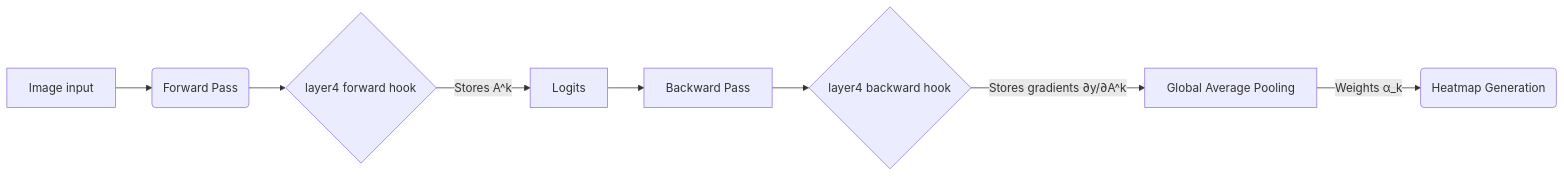
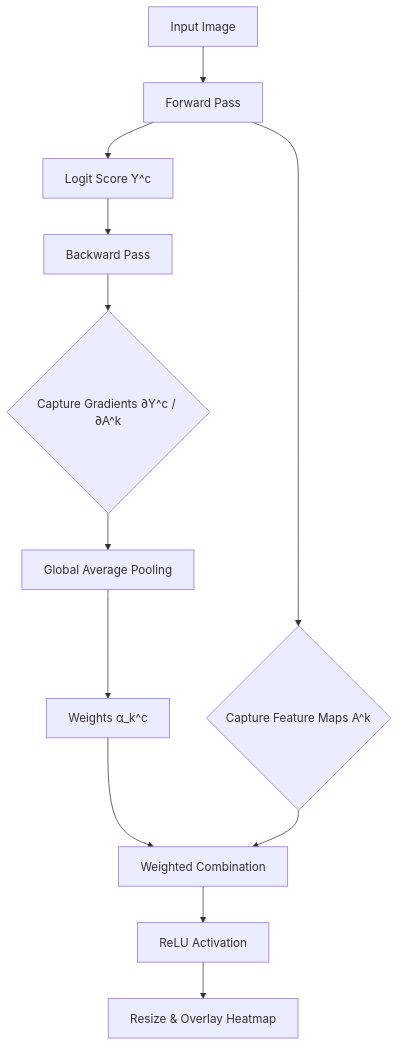
One commit to uttam1008/xai-resnet-ablation changed the diagram in README.md. Above: the diagram before and after it, drawn with Mermaid. The commit also changed other lines of this file and 3 other files, not shown here.

````diff
--- a/README.md
+++ b/README.md
@@ -49,10 +63,13 @@
 ```mermaid
-graph LR
-    A[Image input] --> B(Forward Pass)
-    B --> C{layer4 forward hook}
-    C -->|Stores A^k| D[Logits]
-    D --> E[Backward Pass]
-    E --> F{layer4 backward hook}
-    F -->|Stores gradients ∂y/∂A^k| G[Global Average Pooling]
-    G -->|Weights α_k| H(Heatmap Generation)
+graph TD
+    Input[Input Image] --> Forward[Forward Pass]
+    Forward --> HookF{Capture Feature Maps A^k}
+    Forward --> Logits[Logit Score Y^c]
+    Logits --> Backward[Backward Pass]
+    Backward --> HookB{Capture Gradients ∂Y^c / ∂A^k}
+    HookB --> GAP[Global Average Pooling]
+    GAP --> Weights[Weights α_k^c]
+    Weights & HookF --> LinearCombo[Weighted Combination]
+    LinearCombo --> ReLU[ReLU Activation]
+    ReLU --> Heatmap[Resize & Overlay Heatmap]
 ```
````
